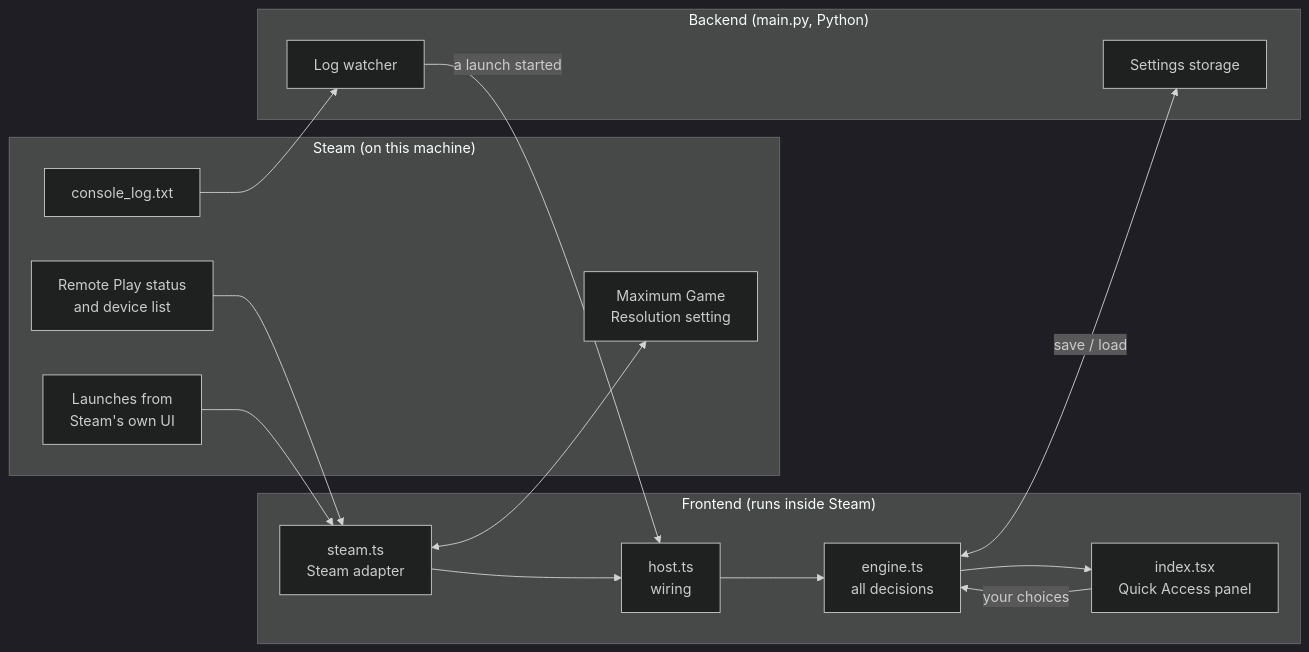
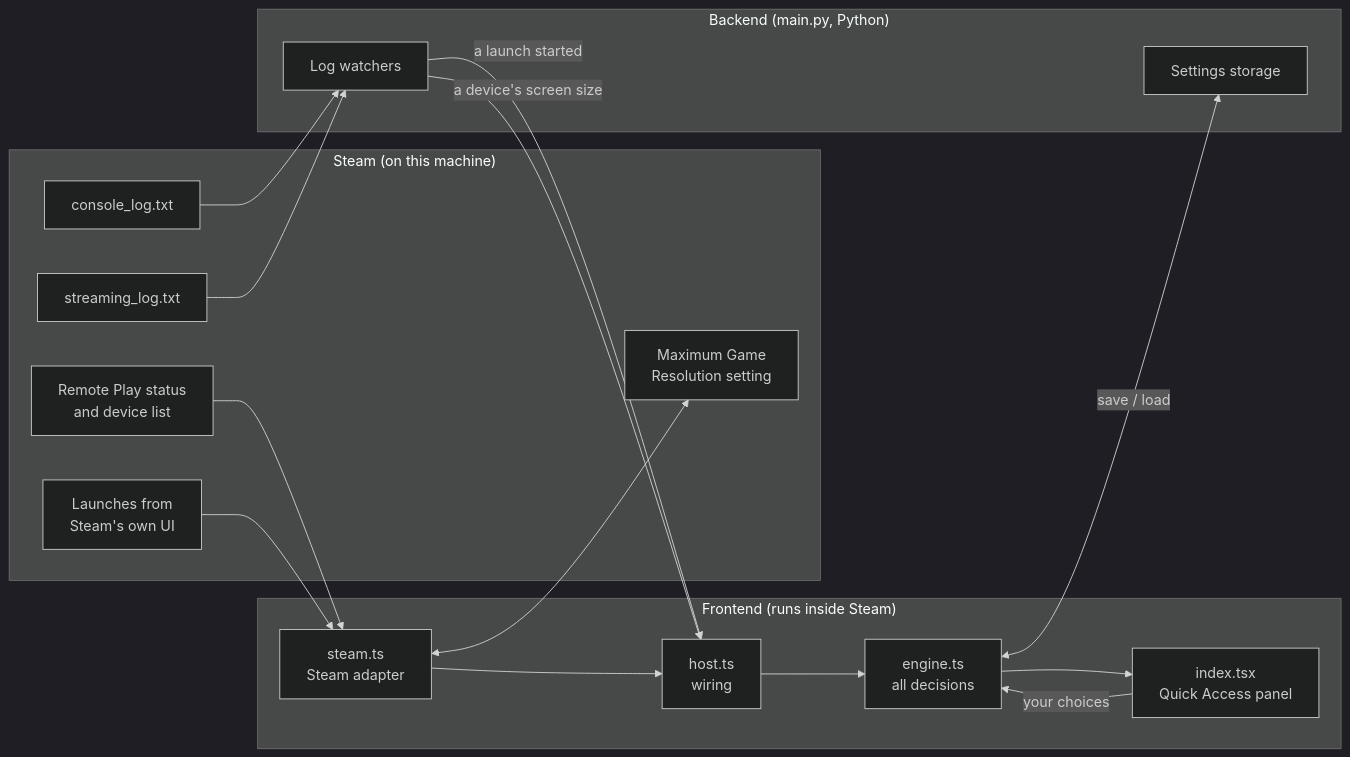
One commit to murphmar/decky-gaugeshift changed the diagram in ARCHITECTURE.md. Above: the diagram before and after it, drawn with Mermaid (dark theme). The commit also changed other lines of this file and 16 other files, not shown here.

````diff
--- a/ARCHITECTURE.md
+++ b/ARCHITECTURE.md
@@ -11,30 +11,32 @@
 ```mermaid
 flowchart LR
   subgraph Steam["Steam (on this machine)"]
     RP["Remote Play status<br/>and device list"]
     UI["Launches from<br/>Steam's own UI"]
     SET["Maximum Game<br/>Resolution setting"]
     LOG["console_log.txt"]
+    SLOG["streaming_log.txt"]
   end
 
   subgraph Frontend["Frontend (runs inside Steam)"]
     ADAPTER["steam.ts<br/>Steam adapter"]
     ENGINE["engine.ts<br/>all decisions"]
     PANEL["index.tsx<br/>Quick Access panel"]
     HOST["host.ts<br/>wiring"]
   end
 
   subgraph Backend["Backend (main.py, Python)"]
     STORE["Settings storage"]
-    WATCH["Log watcher"]
+    WATCH["Log watchers"]
   end
 
   RP --> ADAPTER
   UI --> ADAPTER
   ADAPTER <--> SET
   ADAPTER --> HOST --> ENGINE
   ENGINE --> PANEL
   PANEL -- "your choices" --> ENGINE
   ENGINE <-- "save / load" --> STORE
   LOG --> WATCH -- "a launch started" --> HOST
+  SLOG --> WATCH -- "a device's screen size" --> HOST
 ```
````
